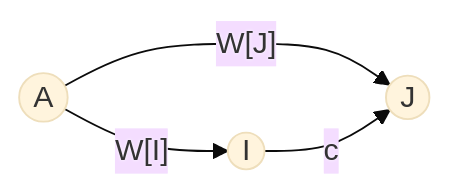
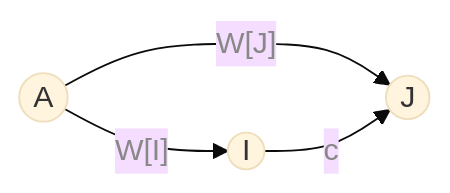
Before and after one commit to CHOYUNSIG/algorithm_with_boj: the first of 3 diagrams in _posts/2024-01-07-bellman_ford.md, drawn with Mermaid (base theme). The commit also changed other lines of this file and 3 other files, not shown here.

````diff
--- a/_posts/2024-01-07-bellman_ford.md
+++ b/_posts/2024-01-07-bellman_ford.md
@@ -37,10 +37,10 @@
-```mermaid!
-graph LR
-A -- <p style="text-shadow: 0px 0px 2px #FFF">W[I]</p> --> I
-A -- <p style="text-shadow: 0px 0px 2px #FFF">W[J]</p> --> J
-I -- <p style="text-shadow: 0px 0px 2px #FFF">c</p> --> J
+<pre class="mermaid">
+    graph LR
+    A -- <p style="color: #888">W[I]</p> --> I
+    A -- <p style="color: #888">W[J]</p> --> J
+    I -- <p style="color: #888">c</p> --> J
 
-A((A))
-I((I))
-J((J))
-```
+    A((A))
+    I((I))
+    J((J))
+</pre>
````
